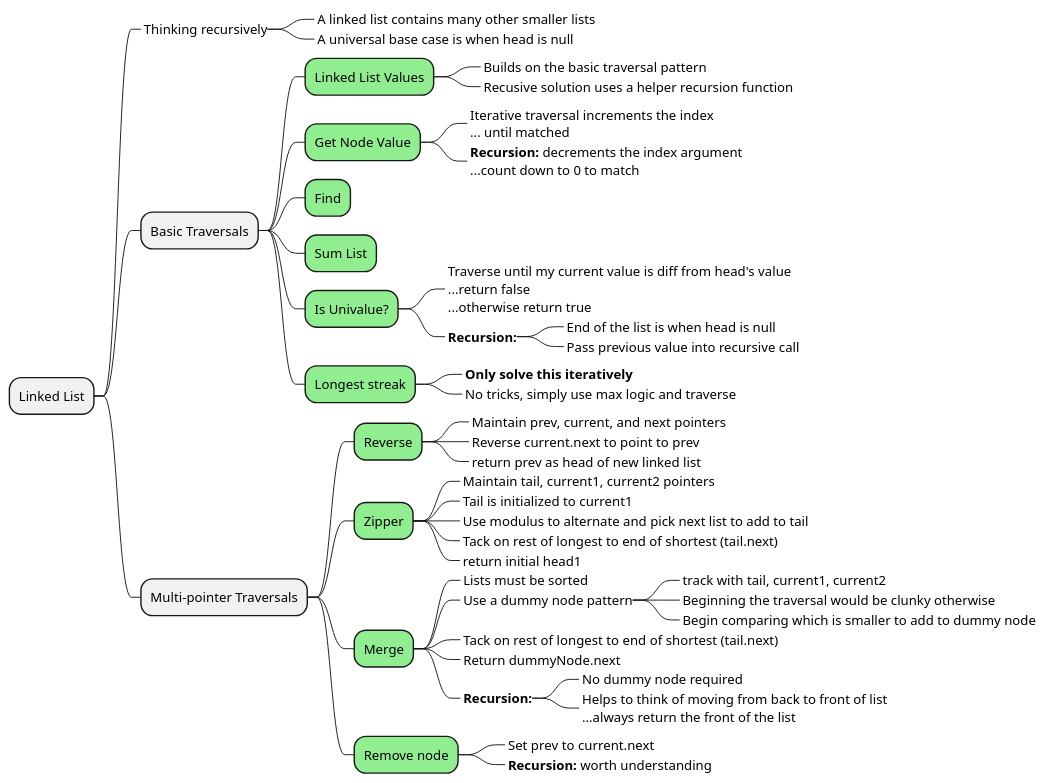
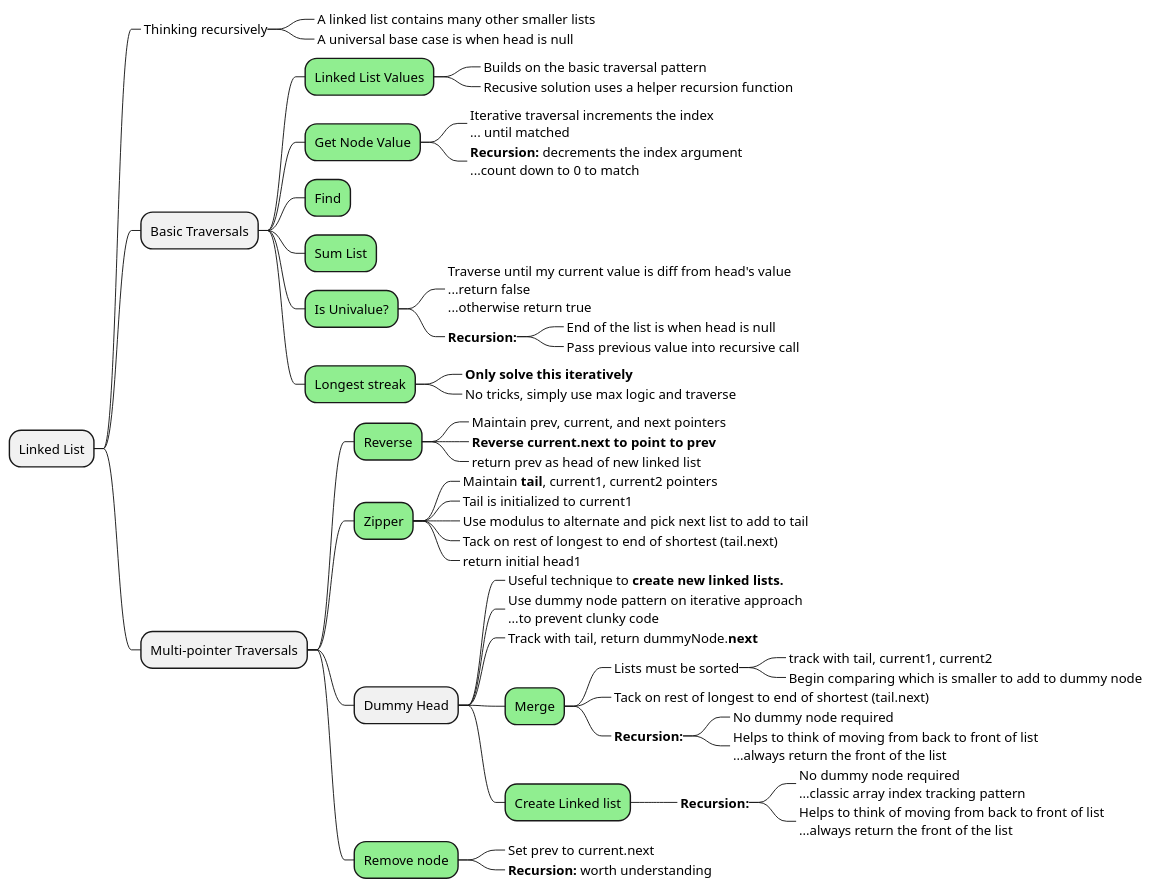
One commit to bobbyache/ComputerScienceWithJavaScript changed the diagram in alvin/linked-list-mindmap.plantuml. Above: the diagram before and after it, drawn with PlantUML.

Commit message:
Some additions to the linked list mindmap

```diff
--- a/alvin/linked-list-mindmap.plantuml
+++ b/alvin/linked-list-mindmap.plantuml
@@ -1,62 +1,69 @@
 @startmindmap
 
 + Linked List
 ++_ Thinking recursively
 +++_ A linked list contains many other smaller lists
 +++_ A universal base case is when head is null
 
 ++ Basic Traversals
 
 +++[#lightgreen] Linked List Values
 ++++_ Builds on the basic traversal pattern
 ++++_ Recusive solution uses a helper recursion function
 
 +++[#lightgreen] Get Node Value
 ++++_ Iterative traversal increments the index\n... until matched
 ++++_ **Recursion:** decrements the index argument\n...count down to 0 to match
 
 +++[#lightgreen] Find
 +++[#lightgreen] Sum List
 
 +++[#lightgreen] Is Univalue?
 ++++_ Traverse until my current value is diff from head's value\n...return false\n...otherwise return true
 ++++_ **Recursion:**
 +++++_ End of the list is when head is null
 +++++_ Pass previous value into recursive call
 
 +++[#lightgreen] Longest streak
 ++++_ **Only solve this iteratively**
 ++++_ No tricks, simply use max logic and traverse
 
 ++ Multi-pointer Traversals
 
 +++[#lightgreen] Reverse
 ++++_ Maintain prev, current, and next pointers
-++++_ Reverse current.next to point to prev
+++++_ **Reverse current.next to point to prev**
 ++++_ return prev as head of new linked list
 
 +++[#lightgreen] Zipper
-++++_ Maintain tail, current1, current2 pointers
+++++_ Maintain **tail**, current1, current2 pointers
 ++++_ Tail is initialized to current1
 ++++_ Use modulus to alternate and pick next list to add to tail
 ++++_ Tack on rest of longest to end of shortest (tail.next)
 ++++_ return initial head1
 
-+++[#lightgreen] Merge
-++++_ Lists must be sorted
-++++_ Use a dummy node pattern
-+++++_ track with tail, current1, current2
-+++++_ Beginning the traversal would be clunky otherwise
-+++++_ Begin comparing which is smaller to add to dummy node
-++++_ Tack on rest of longest to end of shortest (tail.next)
-++++_ Return dummyNode.next
-++++_ **Recursion:**
-+++++_ No dummy node required
-+++++_ Helps to think of moving from back to front of list\n...always return the front of the list
++++ Dummy Head
+++++_ Useful technique to **create new linked lists.**
+++++_ Use dummy node pattern on iterative approach\n...to prevent clunky code
+++++_ Track with tail, return dummyNode.**next**
+
+++++[#lightgreen] Merge
++++++_ Lists must be sorted
+++++++_ track with tail, current1, current2
+++++++_ Begin comparing which is smaller to add to dummy node
++++++_ Tack on rest of longest to end of shortest (tail.next)
++++++_ **Recursion:**
+++++++_ No dummy node required
+++++++_ Helps to think of moving from back to front of list\n...always return the front of the list
+
+++++[#lightgreen] Create Linked list
++++++_ **Recursion:**
+++++++_ No dummy node required\n...classic array index tracking pattern
+++++++_ Helps to think of moving from back to front of list\n...always return the front of the list
 
 
 +++[#lightgreen] Remove node
 ++++_ Set prev to current.next
 ++++_ **Recursion:** worth understanding
 
 @endmindmap
```
